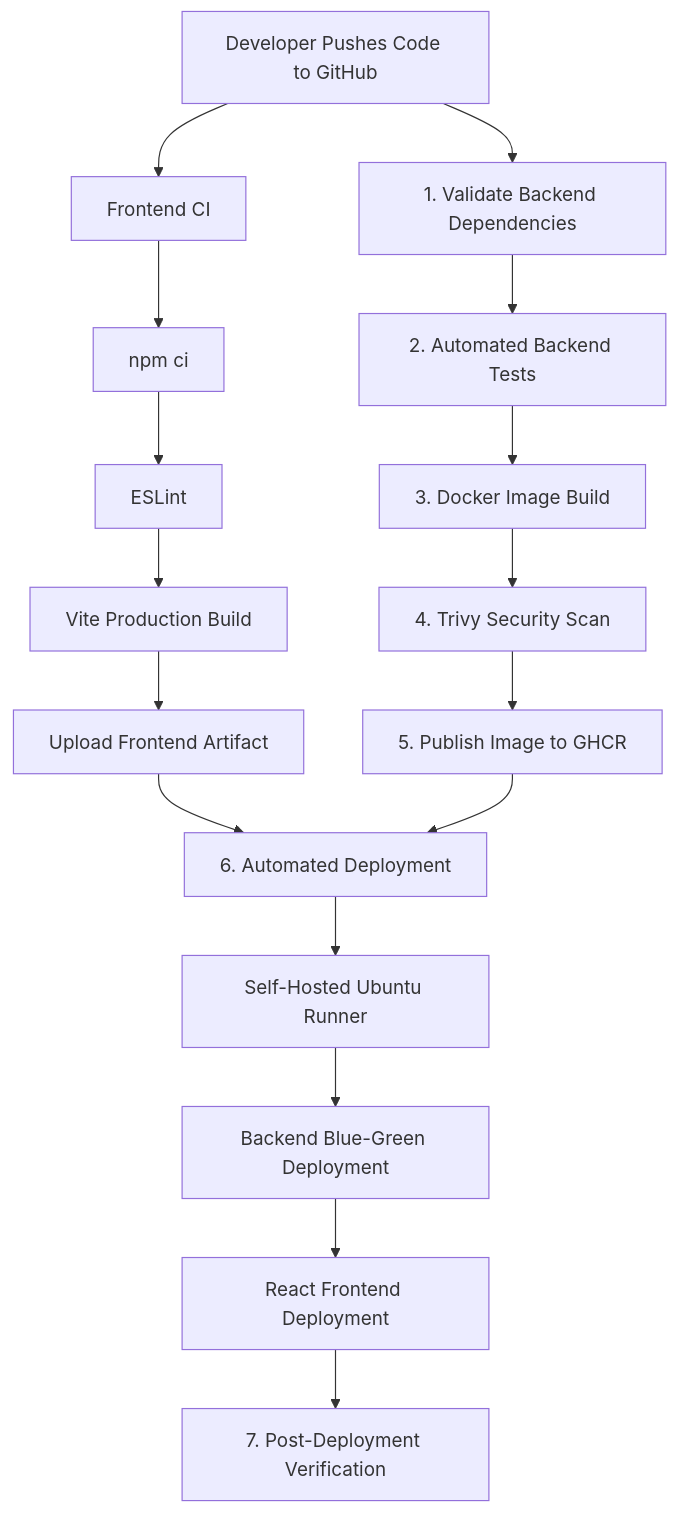
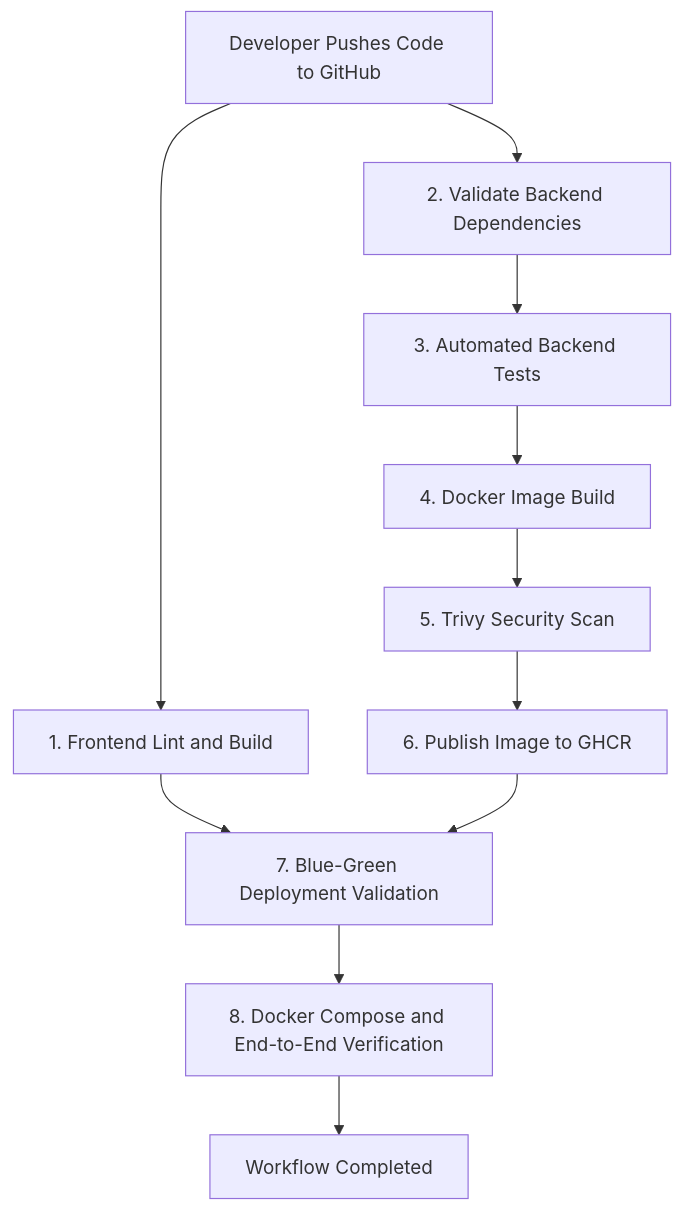
One commit to imtiaz04/autoquote-platform changed the second of 5 diagrams in README.md. Above: the diagram before and after it, drawn with Mermaid. The commit also changed other lines of this file, not shown here.

Commit message:
Update README with current AutoQuote architecture and CI/CD documentation

````diff
--- a/README.md
+++ b/README.md
@@ -161,25 +176,22 @@
 ```mermaid
 flowchart TD
     A["Developer Pushes Code to GitHub"]
 
-    A --> B["Frontend CI"]
-    A --> C["1. Validate Backend Dependencies"]
+    A --> B["1. Frontend Lint and Build"]
+    A --> C["2. Validate Backend Dependencies"]
 
-    B --> B1["npm ci"]
-    B1 --> B2["ESLint"]
-    B2 --> B3["Vite Production Build"]
-    B3 --> B4["Upload Frontend Artifact"]
+    C --> D["3. Automated Backend Tests"]
 
-    C --> D["2. Automated Backend Tests"]
-    D --> E["3. Docker Image Build"]
-    E --> F["4. Trivy Security Scan"]
-    F --> G["5. Publish Image to GHCR"]
+    D --> E["4. Docker Image Build"]
 
-    B4 --> H["6. Automated Deployment"]
+    E --> F["5. Trivy Security Scan"]
+
+    F --> G["6. Publish Image to GHCR"]
+
+    B --> H["7. Blue-Green Deployment Validation"]
     G --> H
 
-    H --> I["Self-Hosted Ubuntu Runner"]
-    I --> J["Backend Blue-Green Deployment"]
-    J --> K["React Frontend Deployment"]
-    K --> L["7. Post-Deployment Verification"]
+    H --> I["8. Docker Compose and End-to-End Verification"]
+
+    I --> J["Workflow Completed"]
 ```
````
